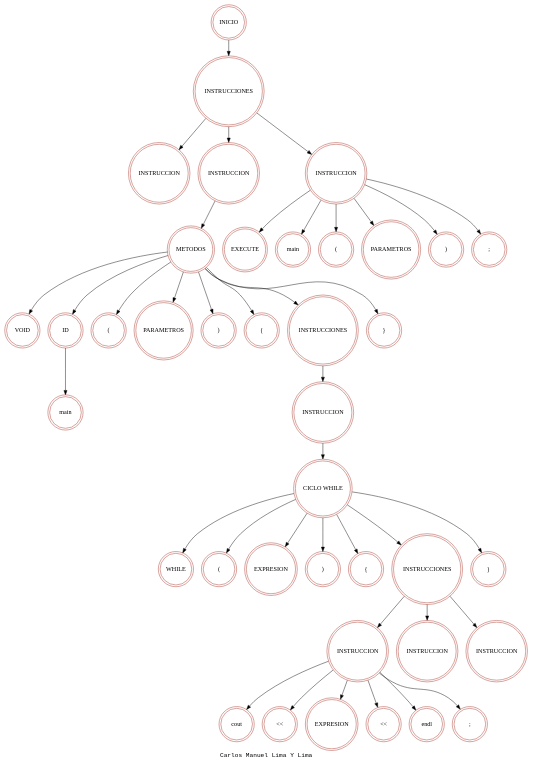
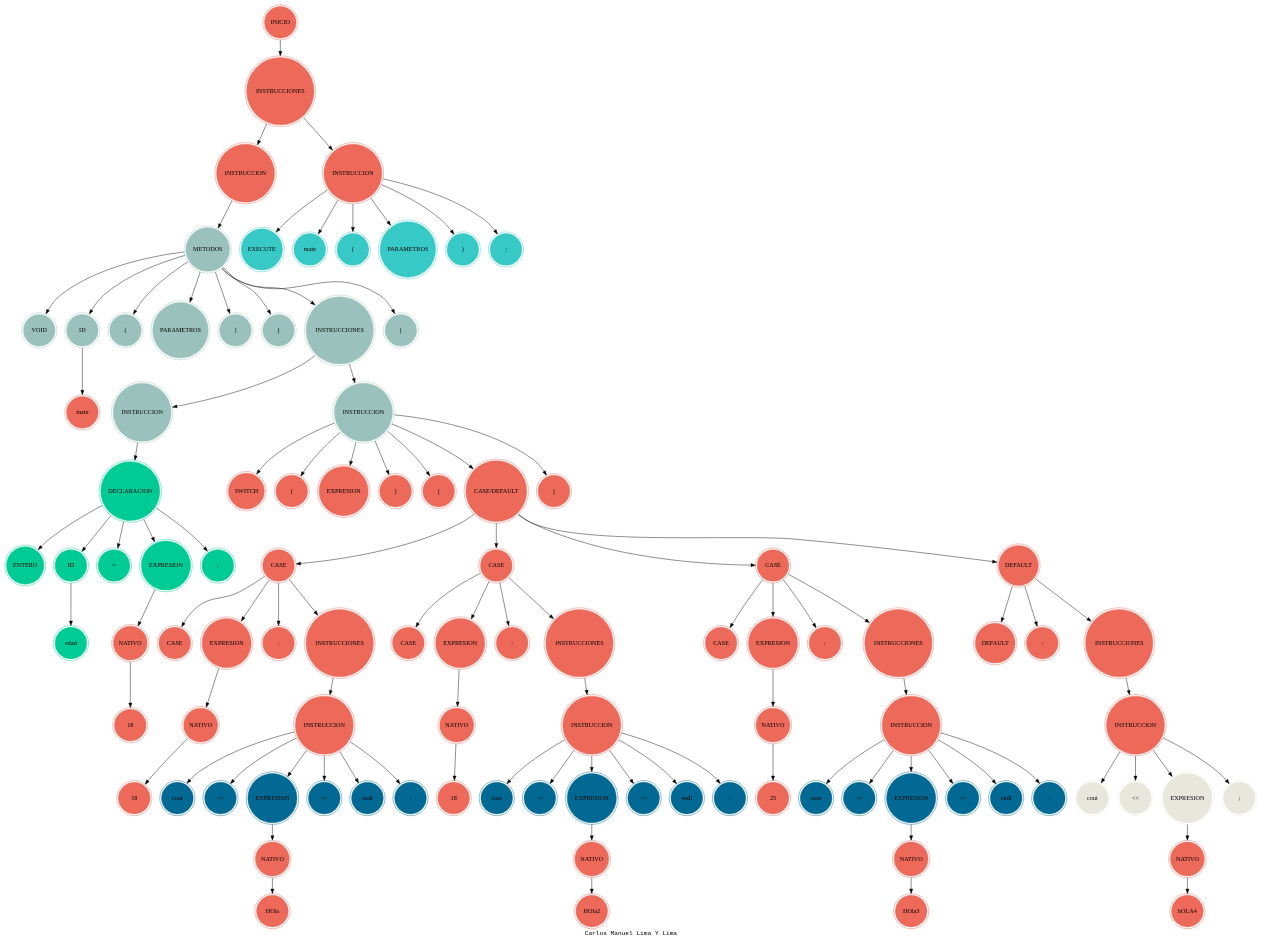
Before and after one commit to manuelimal02/OLC1_Proyecto2_202201524: the diagram in backend/ReporteArbol.dot, drawn with Graphviz. The commit also changed 37 other files, not shown here.

```diff
--- a/backend/ReporteArbol.dot
+++ b/backend/ReporteArbol.dot
@@ -1,85 +1,203 @@
 digraph ast{
 label="Carlos Manuel Lima Y Lima"fontname="Courier New"node [
 shape = doublecircle
+style = filled
 width = 1.0
-color = "#A93226"
+color = "#ed695a"
 ]
 nINICIO[label="INICIO"];
 nINSTRUCCIONES[label="INSTRUCCIONES"];
 nINICIO->nINSTRUCCIONES;
-n45[label="INSTRUCCION"];
-nINSTRUCCIONES->n45;
+n1[label="INSTRUCCION"];
+nINSTRUCCIONES->n1;
+n2[label="METODOS" color = "#9ac1bc" 
+];
+n3[label="VOID" color = "#9ac1bc"];
+n4[label="ID" color = "#9ac1bc"];
+n5[label="main"];
+n6[label="(" color = "#9ac1bc"];
+n7[label="PARAMETROS" color = "#9ac1bc"];
+n8[label=")" color = "#9ac1bc"];
+n9[label="{" color = "#9ac1bc"];
+n10[label="INSTRUCCIONES" color = "#9ac1bc"];
+n11[label="INSTRUCCION" color = "#9ac1bc"];
+n12[label="INSTRUCCION" color = "#9ac1bc"];
+n13[label="}" color = "#9ac1bc"];
+n2 -> n3;
+n2 -> n4;
+n4 -> n5;
+n2 -> n6;
+n2 -> n7;
+n2 -> n8;
+n2 -> n9;
+n2 -> n10;
+n10 -> n11;
+n10 -> n12;
+n2 -> n13;
+n1 -> n2;
+n14[label="DECLARACION" color = "#00cb95"];
+n15[label="ENTERO" color = "#00cb95"];
+n16[label="ID" color = "#00cb95"];
+n17 [label = "edad" color = "#00cb95"];
+n11 -> n14;
+n14 -> n16;
+n14 -> n15;
+n16 -> n17;
+n18[label="=" color = "#00cb95"];
+n19[label="EXPRESION" color = "#00cb95"];
+n14 -> n18;
+n14 -> n19;
+n21[label="NATIVO"];
+n22[label="18"];
+n21->n22;
+n19->n21;
+n20[label=";" color = "#00cb95"];
+n14 -> n20;
+n23[label="SWITCH"];
+n24[label="("];
+n25[label="EXPRESION"];
+n26[label=")"];
+n27[label="{"];
+n28[label="CASE/DEFAULT"];
+n29[label="}"];
+n30[label="CASE"];
+n31[label="CASE"];
+n32[label="CASE"];
+n33[label="DEFAULT"];
+n12 -> n23;
+n12 -> n24;
+n12 -> n25;
+n12 -> n26;
+n12 -> n27;
+n12 -> n28;
+n12 -> n29;
+n28 -> n30;
+n28 -> n31;
+n28 -> n32;
+n28 -> n33;
+n34[label="CASE"];
+n35[label="EXPRESION"];
+n36[label=":"];
+n37[label="INSTRUCCIONES"];
+n38[label="INSTRUCCION"];
+n30 -> n34;
+n30 -> n35;
+n30 -> n36;
+n30 -> n37;
+n37 -> n38;
+n39[label="NATIVO"];
+n40[label="18"];
+n39->n40;
+n35->n39;
+n41[label="cout" color = "#026994"];
+n42[label="<<" color = "#026994"];
+n43[label="EXPRESION" color = "#026994"];
+n44[label="<<" color = "#026994"];
+n45[label="endl" color = "#026994"];
+n46[label=";" color = "#026994"];
+n38 -> n41;
+n38 -> n42;
+n38 -> n43;
+n38 -> n44;
+n38 -> n45;
+n38 -> n46;
+n47[label="NATIVO"];
+n48[label="HOla"];
+n47->n48;
+n43->n47;
+n49[label="CASE"];
+n50[label="EXPRESION"];
+n51[label=":"];
+n52[label="INSTRUCCIONES"];
 n53[label="INSTRUCCION"];
-nINSTRUCCIONES->n53;
-n54[label="METODOS"];
-n55[label="VOID"];
-n56[label="ID"];
-n57[label="main"];
-n58[label="("];
-n59[label="PARAMETROS"];
-n60[label=")"];
-n61[label="{"];
-n62[label="INSTRUCCIONES"];
-n63[label="INSTRUCCION"];
-n64[label="}"];
-n54 -> n55;
-n54 -> n56;
-n56 -> n57;
-n54 -> n58;
-n54 -> n59;
-n54 -> n60;
-n54 -> n61;
-n54 -> n62;
-n62 -> n63;
-n54 -> n64;
-n53 -> n54;
- n65[label="CICLO WHILE"];
- n66[label="WHILE"];
- n67[label="("];
- n68[label="EXPRESION"];
- n69[label=")"];
- n70[label="{"];
- n71[label="INSTRUCCIONES"];
- n72[label="INSTRUCCION"];
- n73[label="INSTRUCCION"];
- n74[label="INSTRUCCION"];
- n75[label="}"];
- n63 -> n65;
- n65 -> n66;
- n65 -> n67;
- n65 -> n68;
- n65 -> n69;
- n65 -> n70;
- n65 -> n71;
- n71 -> n72;
- n71 -> n73;
- n71 -> n74;
- n65 -> n75;
-n76[label="cout"];
-n77[label="<<"];
-n78[label="EXPRESION"];
-n79[label="<<"];
-n80[label="endl"];
-n81[label=";"];
-n72 -> n76;
-n72 -> n77;
-n72 -> n78;
-n72 -> n79;
-n72 -> n80;
-n72 -> n81;
+n31 -> n49;
+n31 -> n50;
+n31 -> n51;
+n31 -> n52;
+n52 -> n53;
+n54[label="NATIVO"];
+n55[label="18"];
+n54->n55;
+n50->n54;
+n56[label="cout" color = "#026994"];
+n57[label="<<" color = "#026994"];
+n58[label="EXPRESION" color = "#026994"];
+n59[label="<<" color = "#026994"];
+n60[label="endl" color = "#026994"];
+n61[label=";" color = "#026994"];
+n53 -> n56;
+n53 -> n57;
+n53 -> n58;
+n53 -> n59;
+n53 -> n60;
+n53 -> n61;
+n62[label="NATIVO"];
+n63[label="HOla2"];
+n62->n63;
+n58->n62;
+n64[label="CASE"];
+n65[label="EXPRESION"];
+n66[label=":"];
+n67[label="INSTRUCCIONES"];
+n68[label="INSTRUCCION"];
+n32 -> n64;
+n32 -> n65;
+n32 -> n66;
+n32 -> n67;
+n67 -> n68;
+n69[label="NATIVO"];
+n70[label="25"];
+n69->n70;
+n65->n69;
+n71[label="cout" color = "#026994"];
+n72[label="<<" color = "#026994"];
+n73[label="EXPRESION" color = "#026994"];
+n74[label="<<" color = "#026994"];
+n75[label="endl" color = "#026994"];
+n76[label=";" color = "#026994"];
+n68 -> n71;
+n68 -> n72;
+n68 -> n73;
+n68 -> n74;
+n68 -> n75;
+n68 -> n76;
+n77[label="NATIVO"];
+n78[label="HOla3"];
+n77->n78;
+n73->n77;
+n79[label="DEFAULT"];
+n80[label=":"];
+n81[label="INSTRUCCIONES"];
 n82[label="INSTRUCCION"];
-nINSTRUCCIONES->n82;
-n83[label="EXECUTE"];
-n84[label="main"];
-n85[label="("];
-n86[label="PARAMETROS"];
-n87[label=")"];
-n88[label=";"];
+n33 -> n79;
+n33 -> n80;
+n33 -> n81;
+n81 -> n82;
+n83[label="cout" color = "#e7e7dd"];
+n84[label="<<" color = "#e7e7dd"];
+n85[label="EXPRESION" color = "#e7e7dd"];
+n86[label=";" color = "#e7e7dd"];
 n82 -> n83;
 n82 -> n84;
 n82 -> n85;
 n82 -> n86;
-n82 -> n87;
-n82 -> n88;
+n87[label="NATIVO"];
+n88[label="hOLA4"];
+n87->n88;
+n85->n87;
+n89[label="INSTRUCCION"];
+nINSTRUCCIONES->n89;
+n90[label="EXECUTE" color = "#37c9c6"];
+n91[label="main" color = "#37c9c6"];
+n92[label="(" color = "#37c9c6"];
+n93[label="PARAMETROS" color = "#37c9c6"];
+n94[label=")" color = "#37c9c6"];
+n95[label=";" color = "#37c9c6"];
+n89 -> n90;
+n89 -> n91;
+n89 -> n92;
+n89 -> n93;
+n89 -> n94;
+n89 -> n95;
 
 }
```
